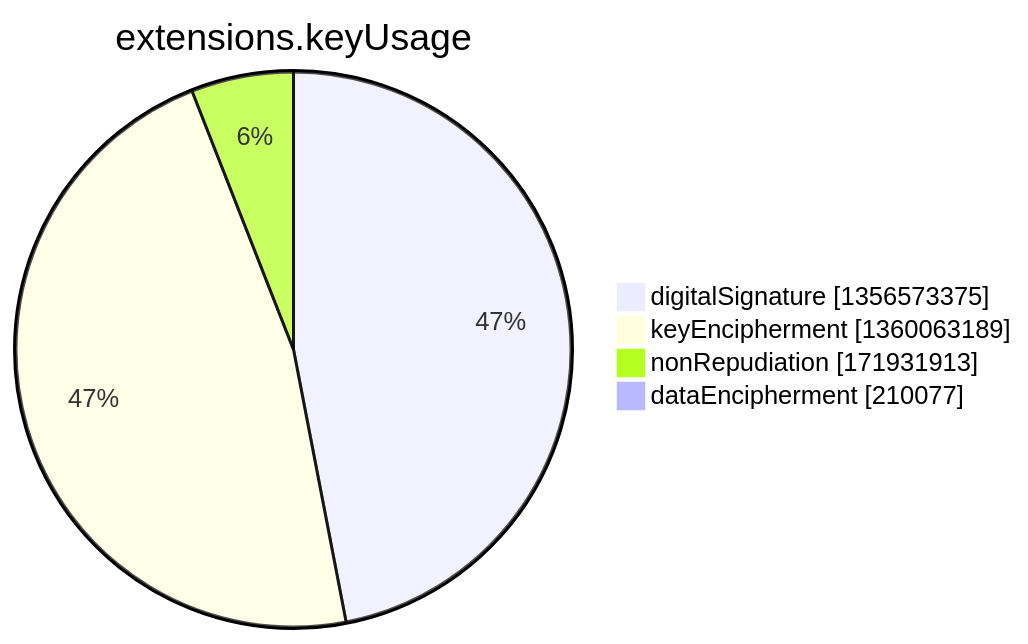
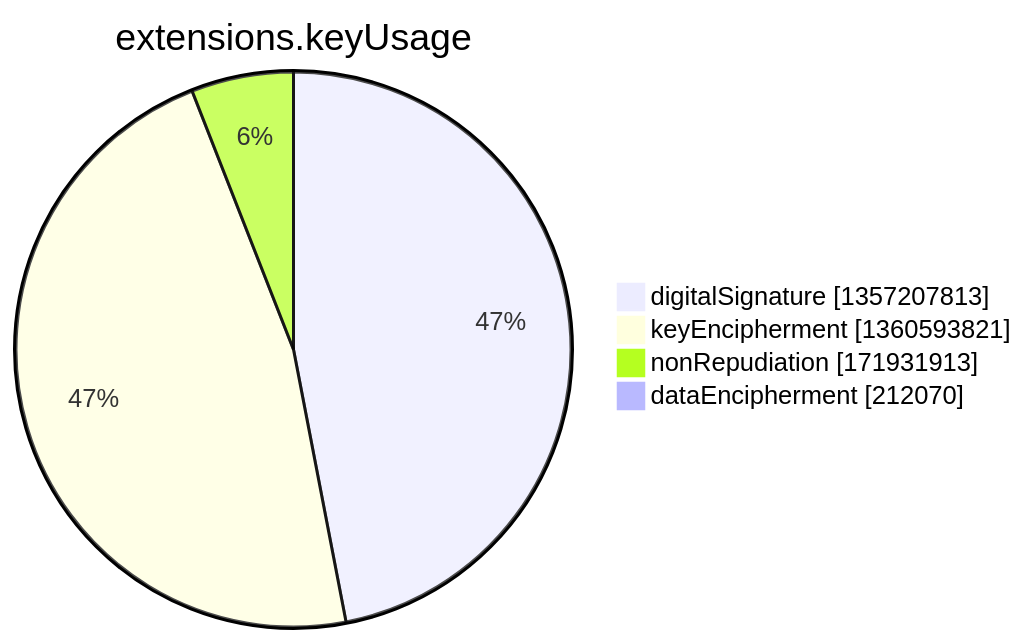
The seventh of 15 diagrams in argon2022/README.md (christiankrug/ctmonitor_visualization), drawn with Mermaid before and after one commit. The commit also changed other lines of this file, not shown here.

````diff
--- a/argon2022/README.md
+++ b/argon2022/README.md
@@ -2750,8 +2750,8 @@
 ```mermaid
 pie showData
 title extensions.keyUsage
-"digitalSignature" :1356573375
-"keyEncipherment" :1360063189
+"digitalSignature" :1357207813
+"keyEncipherment" :1360593821
 "nonRepudiation" :171931913
-"dataEncipherment" :210077
+"dataEncipherment" :212070
 ```
````
